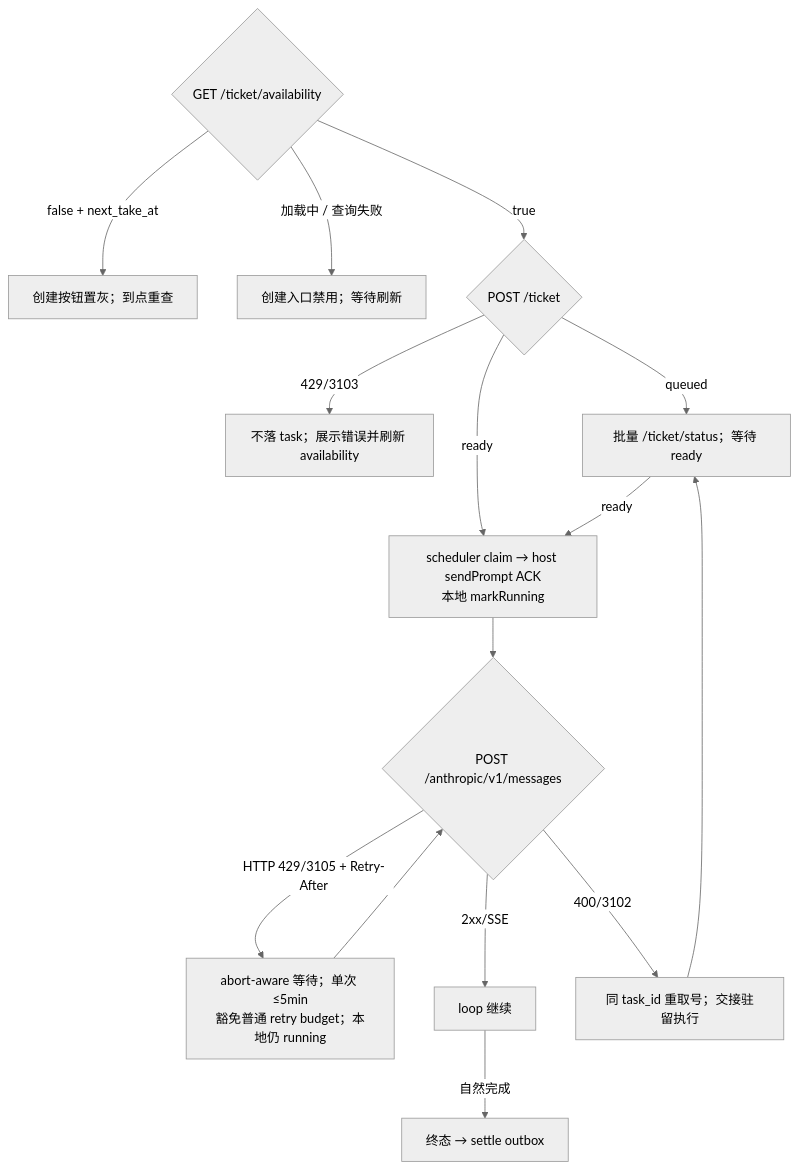
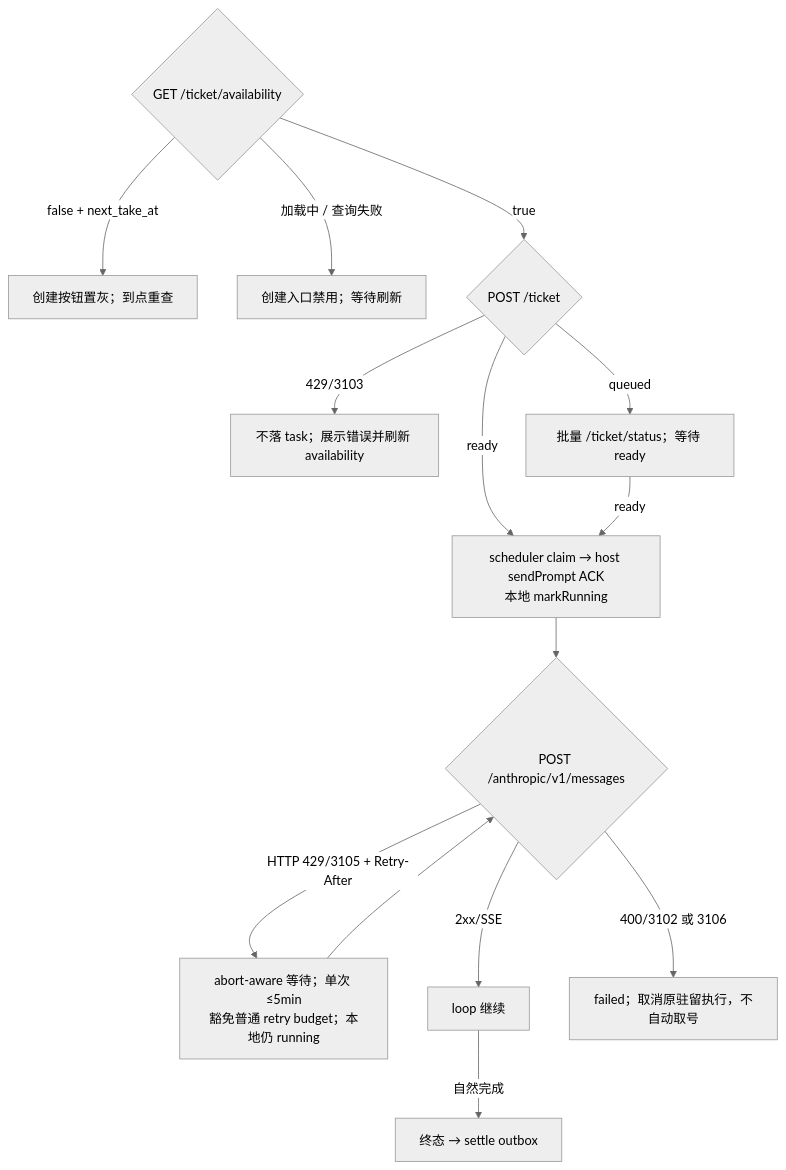
The tenth of 11 diagrams in docs/off-peak-task/tech-design.md (yuanbaobaoo/zcode-ohos), drawn with Mermaid (neutral theme) before and after one commit. The commit also changed other lines of this file and 5447 other files, not shown here.

````diff
--- a/docs/off-peak-task/tech-design.md
+++ b/docs/off-peak-task/tech-design.md
@@ -728,16 +737,16 @@
 ```mermaid
 flowchart TD
   A{"GET /ticket/availability"}
   A -->|"false + next_take_at"| A0["创建按钮置灰；到点重查"]
   A -->|"加载中 / 查询失败"| A1["创建入口禁用；等待刷新"]
   A -->|"true"| T{"POST /ticket"}
   T -->|"429/3103"| T0["不落 task；展示错误并刷新 availability"]
   T -->|"queued"| Q["批量 /ticket/status；等待 ready"]
   T -->|"ready"| D
   Q -->|"ready"| D["scheduler claim → host sendPrompt ACK<br/>本地 markRunning"]
   D --> G{"POST /anthropic/v1/messages"}
   G -->|"HTTP 429/3105 + Retry-After"| G0["abort-aware 等待；单次 ≤5min<br/>豁免普通 retry budget；本地仍 running"] --> G
   G -->|"2xx/SSE"| R["loop 继续"]
-  G -->|"400/3102"| X["同 task_id 重取号；交接驻留执行"] --> Q
+  G -->|"400/3102 或 3106"| X["failed；取消原驻留执行，不自动取号"]
   R -->|"自然完成"| E["终态 → settle outbox"]
 ```
````
